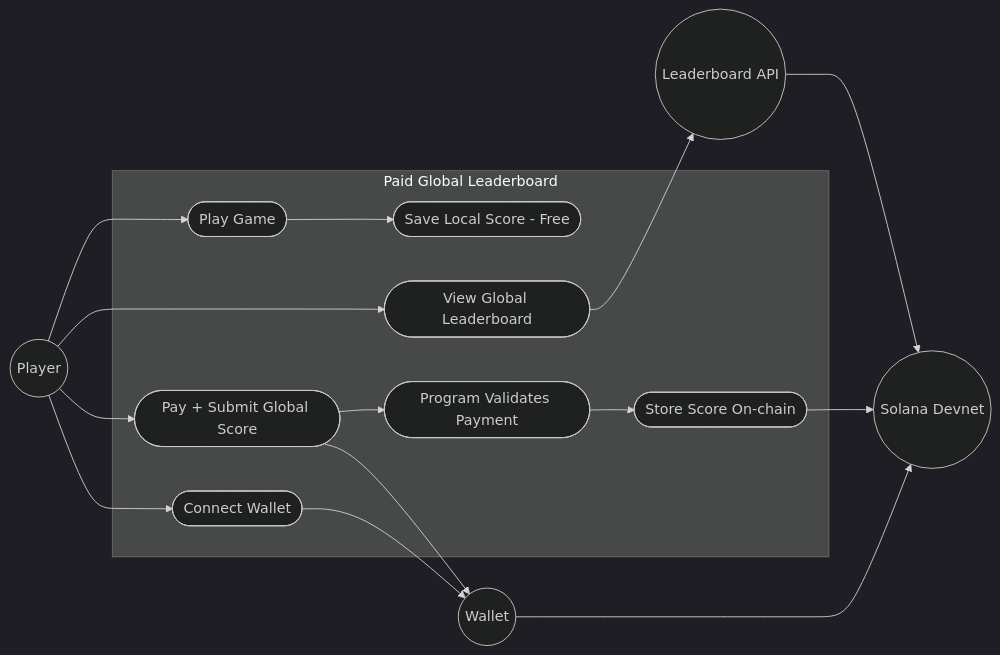
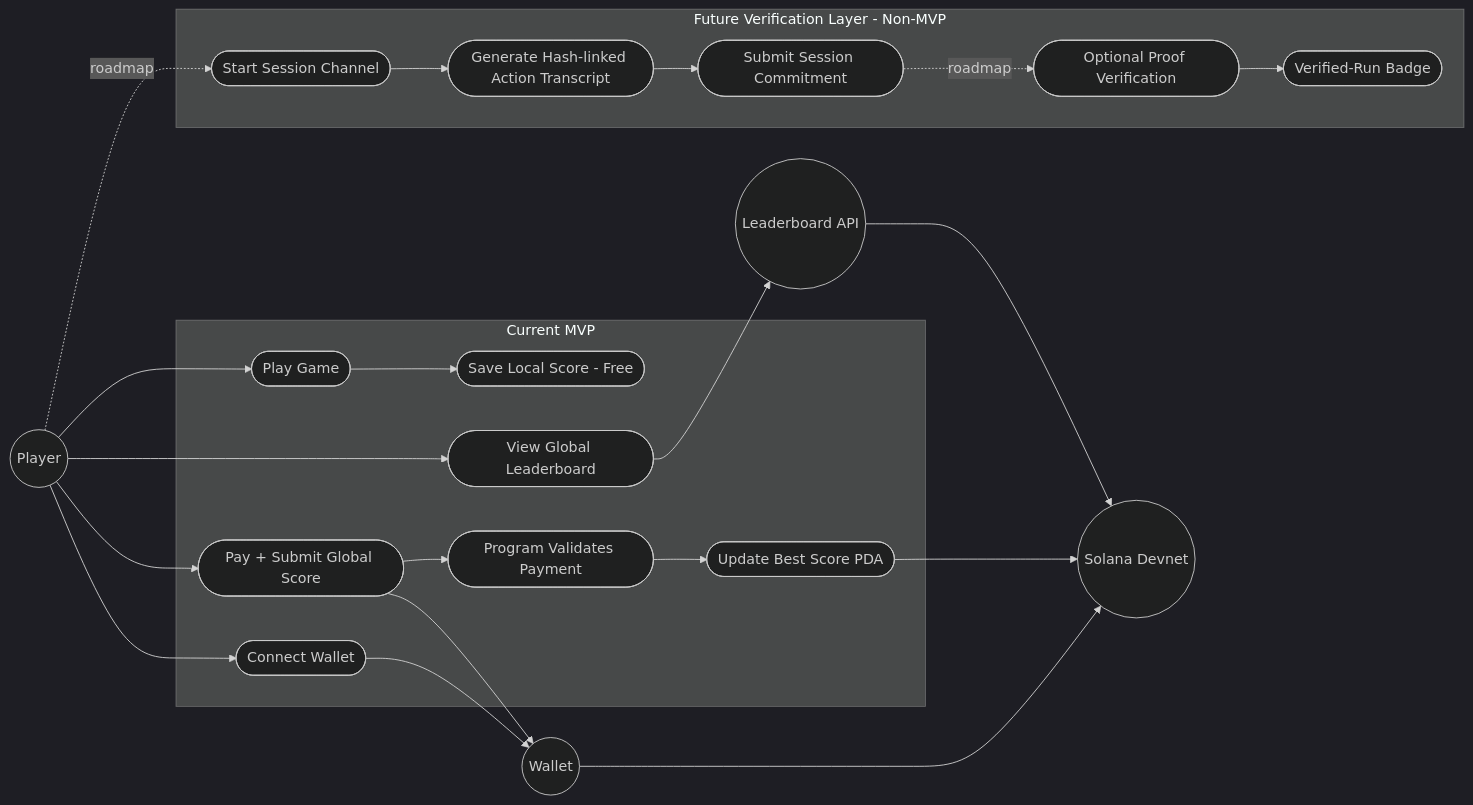
The diagram in docs/diagrams/use-case.md (watsoncsulahack/solana-private-microprompt), drawn with Mermaid (dark theme) before and after one commit. The commit also changed 10 other files, not shown here.

Commit message:
docs: deepen leaderboard system design, clarify MVP boundaries, and add anti-cheat roadmap artifacts

````diff
--- a/docs/diagrams/use-case.md
+++ b/docs/diagrams/use-case.md
@@ -3,25 +3,34 @@
 ```mermaid
 flowchart LR
   Player((Player))
   Wallet((Wallet))
   Chain((Solana Devnet))
   API((Leaderboard API))
 
-  subgraph System[Paid Global Leaderboard]
+  subgraph MVP[Current MVP]
     UC1([Play Game])
     UC2([Save Local Score - Free])
     UC3([Connect Wallet])
     UC4([Pay + Submit Global Score])
     UC5([Program Validates Payment])
-    UC6([Store Score On-chain])
+    UC6([Update Best Score PDA])
     UC7([View Global Leaderboard])
   end
 
+  subgraph FUTURE[Future Verification Layer - Non-MVP]
+    UC8([Start Session Channel])
+    UC9([Generate Hash-linked Action Transcript])
+    UC10([Submit Session Commitment])
+    UC11([Optional Proof Verification])
+    UC12([Verified-Run Badge])
+  end
+
   Player --> UC1 --> UC2
-  Player --> UC3
-  UC3 --> Wallet
-  Player --> UC4
-  UC4 --> Wallet --> Chain
+  Player --> UC3 --> Wallet
+  Player --> UC4 --> Wallet --> Chain
   UC4 --> UC5 --> UC6 --> Chain
   Player --> UC7 --> API --> Chain
+
+  Player -. roadmap .-> UC8 --> UC9 --> UC10
+  UC10 -. roadmap .-> UC11 --> UC12
 ```
````
